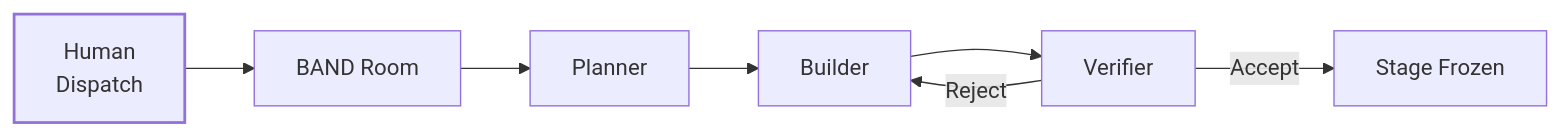
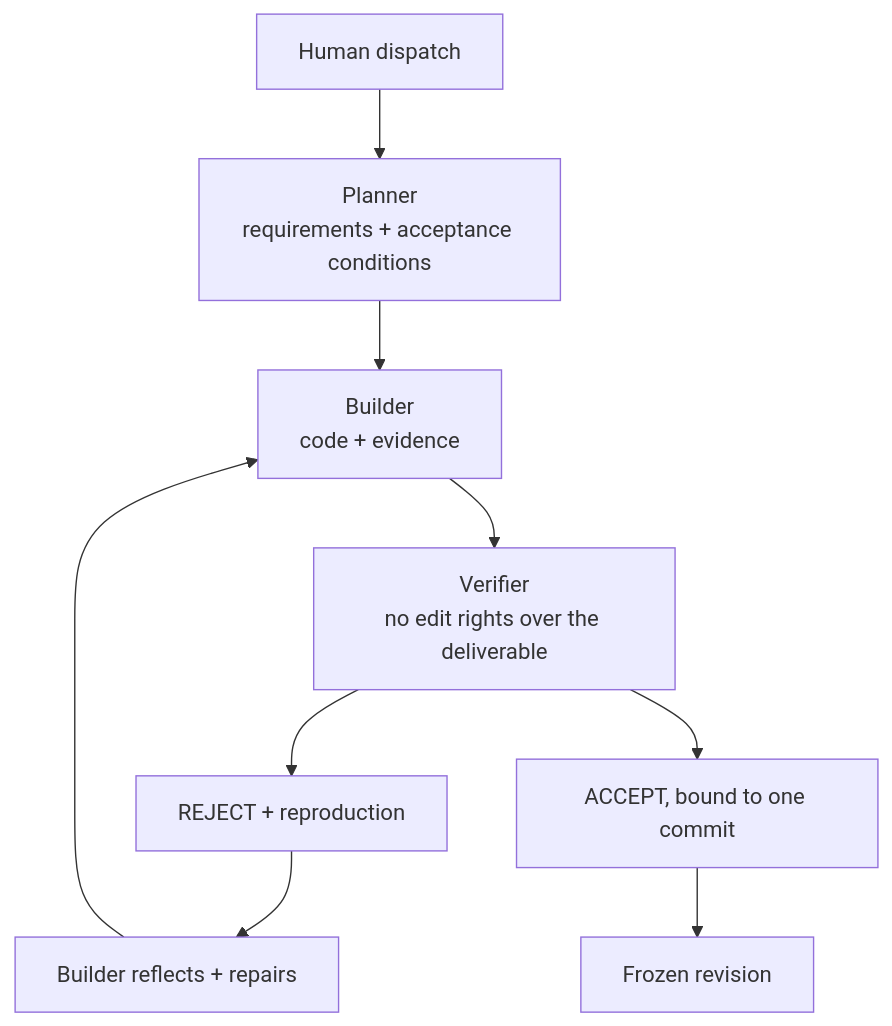
Before and after one commit to Aaditya1273/COMMIT: the first of 3 diagrams in README.md, drawn with Mermaid. The commit also changed other lines of this file and 2 other files, not shown here.

````diff
--- a/README.md
+++ b/README.md
@@ -1397,13 +37,10 @@
 ```mermaid
-flowchart LR
-    H[Human<br/>Dispatch] --> R[BAND Room]
-
-    R --> P[Planner]
-    P --> B[Builder]
-    B --> V[Verifier]
-
-    V -->|Reject| B
-    V -->|Accept| S[Stage Frozen]
-
-    style H stroke-width:2px
+flowchart TD
+    H[Human dispatch] --> P[Planner<br/>requirements + acceptance conditions]
+    P --> B[Builder<br/>code + evidence]
+    B --> V[Verifier<br/>no edit rights over the deliverable]
+    V --> R[REJECT + reproduction]
+    V --> A[ACCEPT, bound to one commit]
+    R --> M[Builder reflects + repairs] --> B
+    A --> F[Frozen revision]
 ```
````
